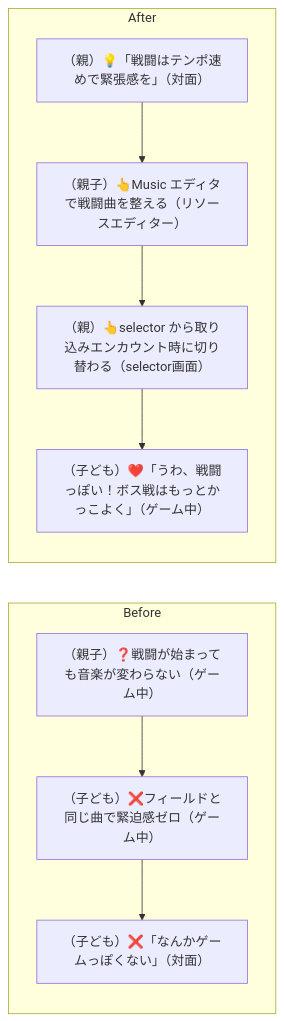
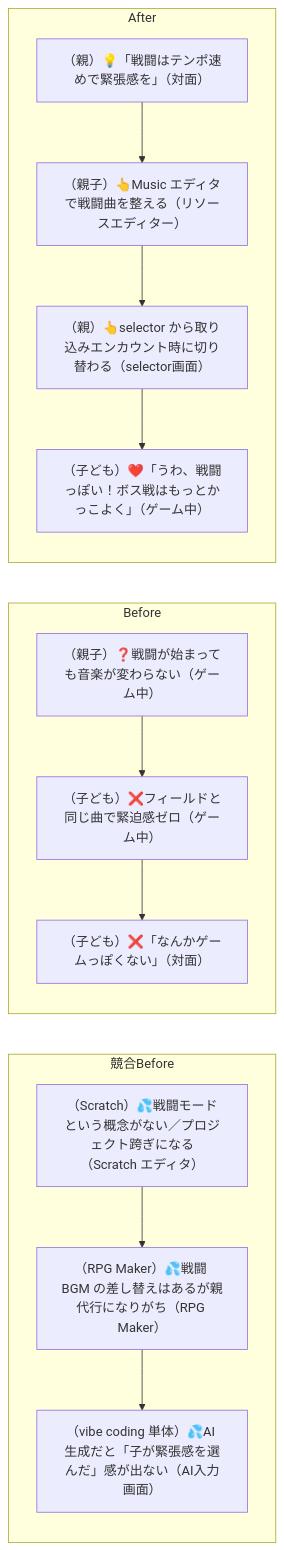
One commit to tatsuro-ueda/code-quest-pyxel changed diagram 17 of 42 in docs/customer-journeys.md. Above: the diagram before and after it, drawn with Mermaid. The commit also changed other lines of this file, not shown here.

````diff
--- a/docs/customer-journeys.md
+++ b/docs/customer-journeys.md
@@ -557,14 +564,19 @@
 ```mermaid
 flowchart LR
+    subgraph Competitor["競合Before"]
+        C1[（Scratch）💦戦闘モードという概念がない／プロジェクト跨ぎになる（Scratch エディタ）]
+        C1 --> C2[（RPG Maker）💦戦闘 BGM の差し替えはあるが親代行になりがち（RPG Maker）]
+        C2 --> C3[（vibe coding 単体）💦AI 生成だと「子が緊張感を選んだ」感が出ない（AI入力画面）]
+    end
     subgraph Before["Before"]
         B1[（親子）❓戦闘が始まっても音楽が変わらない（ゲーム中）]
         B1 --> B2[（子ども）❌フィールドと同じ曲で緊迫感ゼロ（ゲーム中）]
         B2 --> B3[（子ども）❌「なんかゲームっぽくない」（対面）]
     end
     subgraph After["After"]
         A1[（親）💡「戦闘はテンポ速めで緊張感を」（対面）]
         A1 --> A2[（親子）👆Music エディタで戦闘曲を整える（リソースエディター）]
         A2 --> A3[（親）👆selector から取り込みエンカウント時に切り替わる（selector画面）]
         A3 --> A4[（子ども）❤️「うわ、戦闘っぽい！ボス戦はもっとかっこよく」（ゲーム中）]
     end
 ```
````
